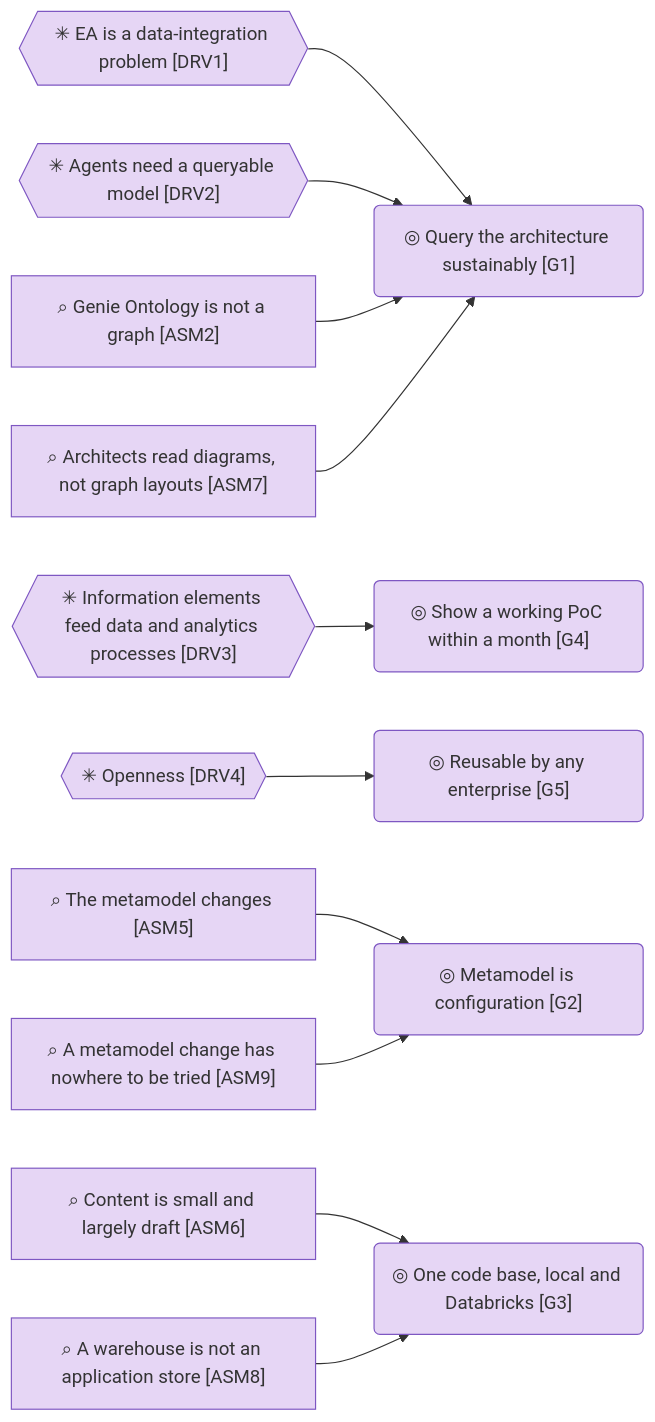
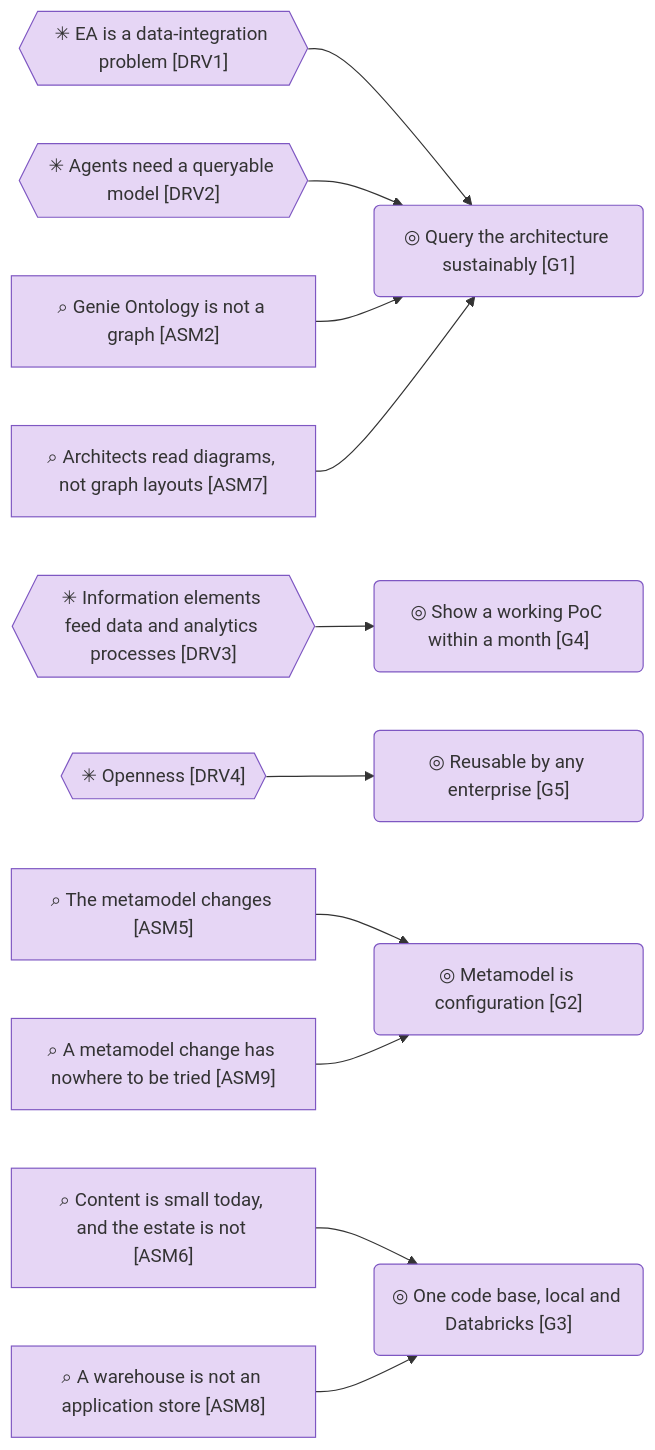
The third of 4 diagrams in architecture/1_strategy/1_motivation.md (roanboc/dbx-enterprise-architecture), drawn with Mermaid before and after one commit. The commit also changed other lines of this file and 12 other files, not shown here.

````diff
--- a/architecture/1_strategy/1_motivation.md
+++ b/architecture/1_strategy/1_motivation.md
@@ -66,30 +67,30 @@
 ```mermaid
 flowchart LR
   drv1{{"✳ EA is a data-integration problem [DRV1]"}}:::motivation
   drv2{{"✳ Agents need a queryable model [DRV2]"}}:::motivation
   drv3{{"✳ Information elements feed data and analytics processes [DRV3]"}}:::motivation
   drv4{{"✳ Openness [DRV4]"}}:::motivation
   asm2["⌕ Genie Ontology is not a graph [ASM2]"]:::motivation
   asm5["⌕ The metamodel changes [ASM5]"]:::motivation
-  asm6["⌕ Content is small and largely draft [ASM6]"]:::motivation
+  asm6["⌕ Content is small today, and the estate is not [ASM6]"]:::motivation
   asm7["⌕ Architects read diagrams, not graph layouts [ASM7]"]:::motivation
   asm8["⌕ A warehouse is not an application store [ASM8]"]:::motivation
   asm9["⌕ A metamodel change has nowhere to be tried [ASM9]"]:::motivation
   g1("◎ Query the architecture sustainably [G1]"):::motivation
   g2("◎ Metamodel is configuration [G2]"):::motivation
   g3("◎ One code base, local and Databricks [G3]"):::motivation
   g4("◎ Show a working PoC within a month [G4]"):::motivation
   g5("◎ Reusable by any enterprise [G5]"):::motivation
   drv1 --> g1
   drv2 --> g1
   drv3 --> g4
   drv4 --> g5
   asm2 --> g1
   asm7 --> g1
   asm5 --> g2
   asm9 --> g2
   asm6 --> g3
   asm8 --> g3
 
   classDef motivation fill:#e6d6f5,stroke:#7e57c2,color:#333
 ```
````
